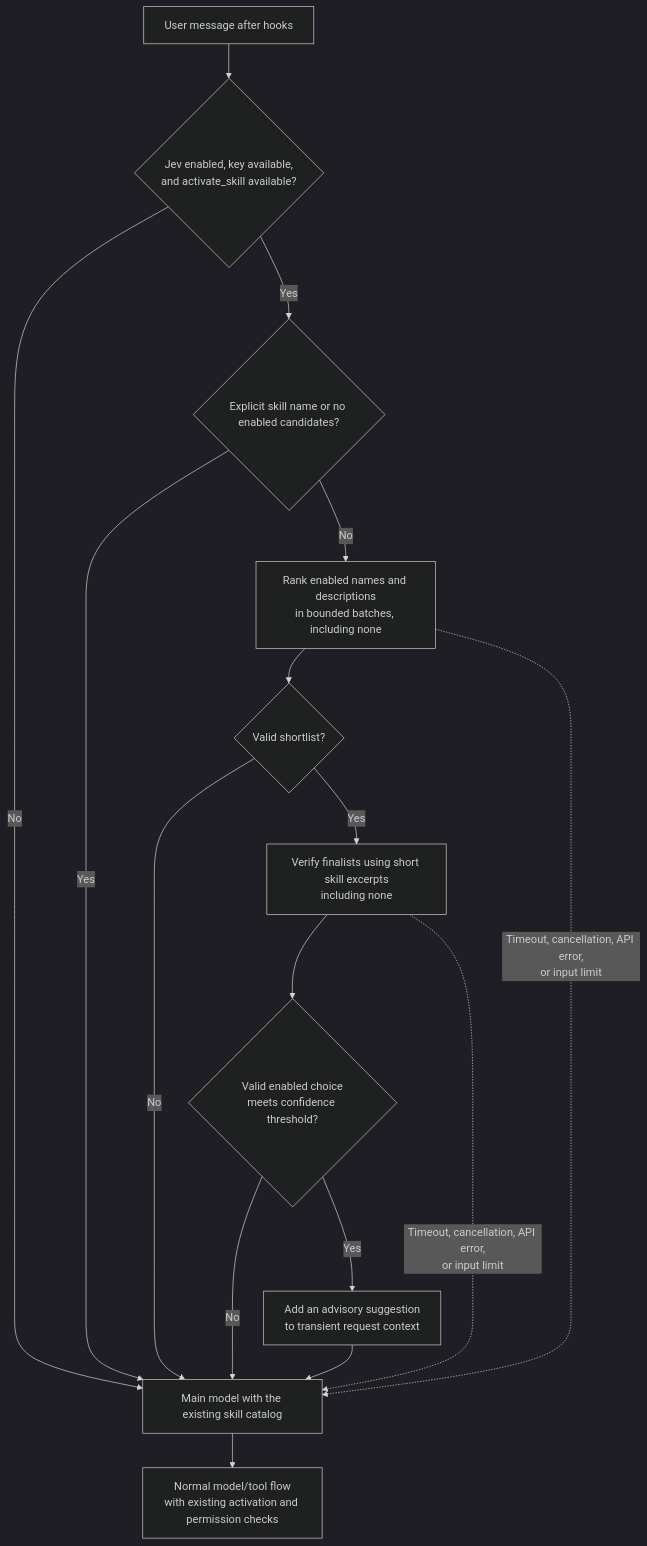
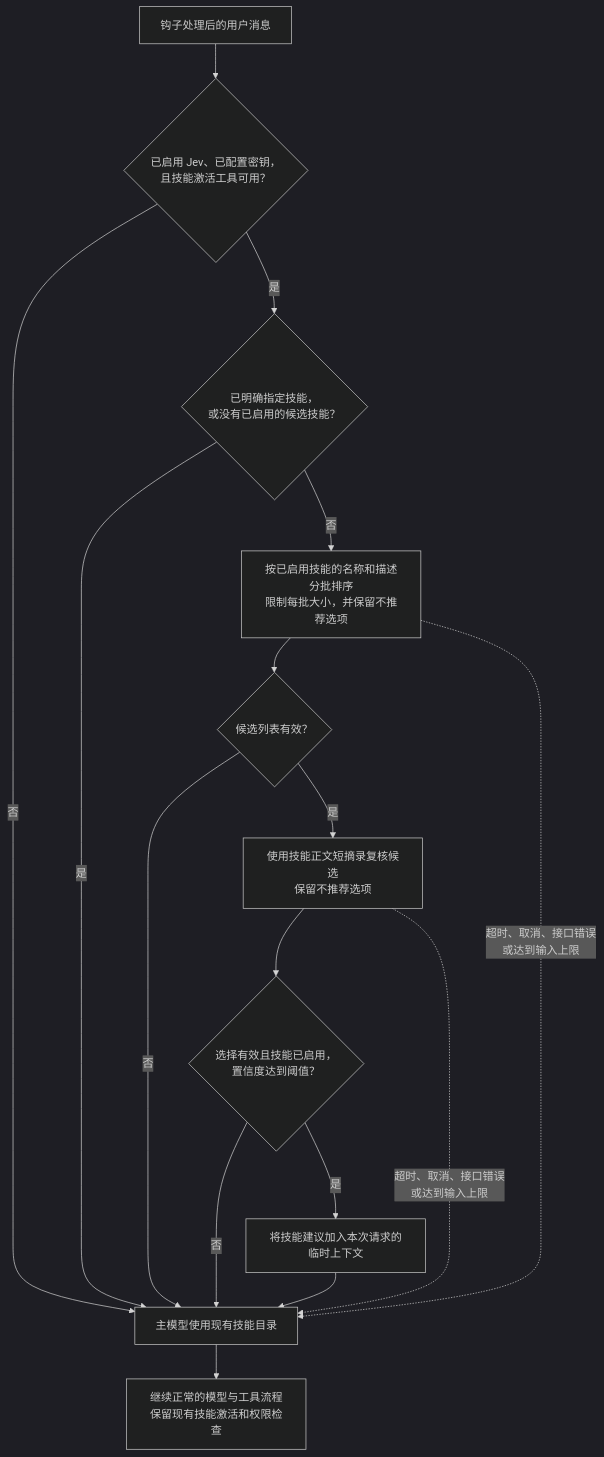
Before and after one commit to jin-bo/agentao: the diagram in docs/guides/jev-skills.md, drawn with Mermaid (dark theme). The commit also changed 1 other file, not shown here.

Commit message:
docs: translate Jev flowcharts into Chinese

````diff
--- a/docs/guides/jev-skills.md
+++ b/docs/guides/jev-skills.md
@@ -25,18 +25,18 @@
 ```mermaid
 flowchart TD
-    A["User message after hooks"] --> B{"Jev enabled, key available,<br/>and activate_skill available?"}
-    B -->|No| M["Main model with the existing skill catalog"]
-    B -->|Yes| C{"Explicit skill name or no enabled candidates?"}
-    C -->|Yes| M
-    C -->|No| D["Rank enabled names and descriptions<br/>in bounded batches, including none"]
-    D --> E{"Valid shortlist?"}
-    E -->|No| M
-    E -->|Yes| F["Verify finalists using short skill excerpts<br/>including none"]
-    F --> G{"Valid enabled choice<br/>meets confidence threshold?"}
-    G -->|No| M
-    G -->|Yes| H["Add an advisory suggestion<br/>to transient request context"]
+    A["钩子处理后的用户消息"] --> B{"已启用 Jev、已配置密钥，<br/>且技能激活工具可用？"}
+    B -->|否| M["主模型使用现有技能目录"]
+    B -->|是| C{"已明确指定技能，<br/>或没有已启用的候选技能？"}
+    C -->|是| M
+    C -->|否| D["按已启用技能的名称和描述分批排序<br/>限制每批大小，并保留不推荐选项"]
+    D --> E{"候选列表有效？"}
+    E -->|否| M
+    E -->|是| F["使用技能正文短摘录复核候选<br/>保留不推荐选项"]
+    F --> G{"选择有效且技能已启用，<br/>置信度达到阈值？"}
+    G -->|否| M
+    G -->|是| H["将技能建议加入本次请求的临时上下文"]
     H --> M
-    D -. "Timeout, cancellation, API error,<br/>or input limit" .-> M
-    F -. "Timeout, cancellation, API error,<br/>or input limit" .-> M
-    M --> I["Normal model/tool flow<br/>with existing activation and permission checks"]
+    D -. "超时、取消、接口错误<br/>或达到输入上限" .-> M
+    F -. "超时、取消、接口错误<br/>或达到输入上限" .-> M
+    M --> I["继续正常的模型与工具流程<br/>保留现有技能激活和权限检查"]
 ```
````
